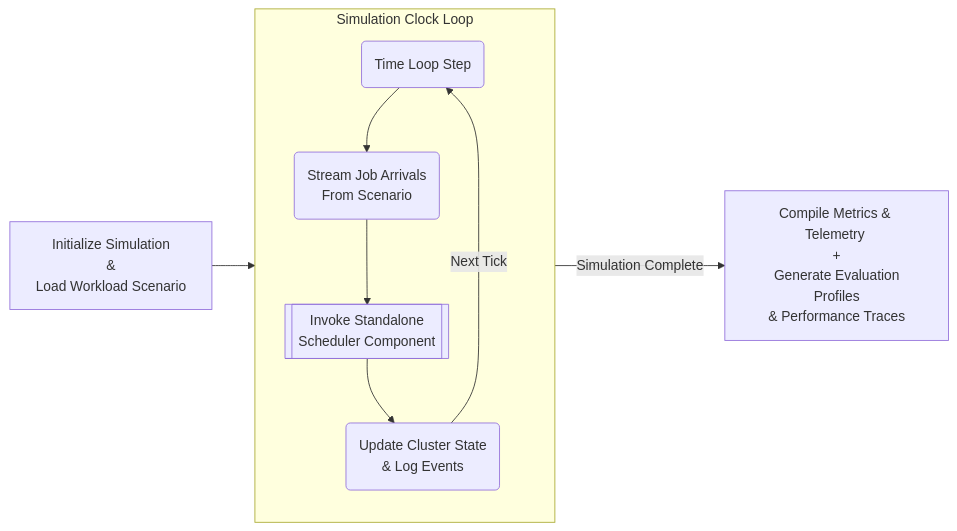
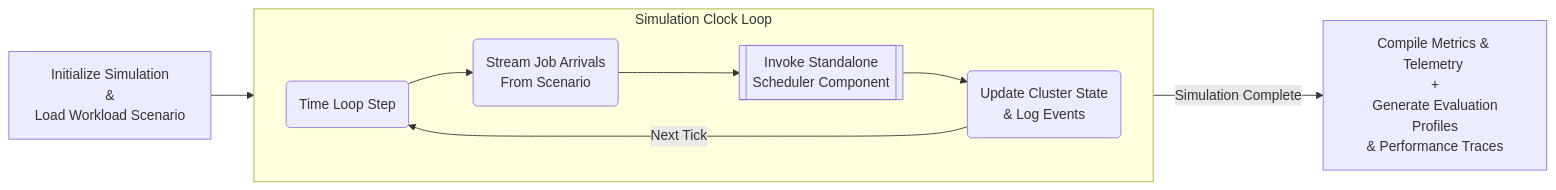
The second of 2 diagrams in README.md (momoadegbindin/compute-capacity-orchestrator), drawn with Mermaid before and after one commit. The commit also changed other lines of this file, not shown here.

Commit message:
adjust mermaid diagrams directions

````diff
--- a/README.md
+++ b/README.md
@@ -98,19 +98,19 @@
 ```mermaid
 flowchart LR
     %% 1. Ingestion Phase
      Start[Initialize Simulation <br> & <br>Load Workload Scenario ]
 
     %% 2. Clean Vertical Loop Body
     subgraph Engine [Simulation Clock Loop]
-        direction TB
+        direction LR
         Tick(Time Loop Step) --> Stream(Stream Job Arrivals<br>From Scenario)
         Stream --> Core[[Invoke Standalone<br>Scheduler Component]]
         Core --> Mutate(Update Cluster State<br>& Log Events)
         Mutate -->|Next Tick| Tick
     end
 
     %% 3. Pure Analytical Outflow
     Start --> Tick
     Mutate -->|Simulation Complete| Eval[Compile Metrics & Telemetry <br> + <br> Generate Evaluation Profiles<br>& Performance Traces]
 
 ```
````
